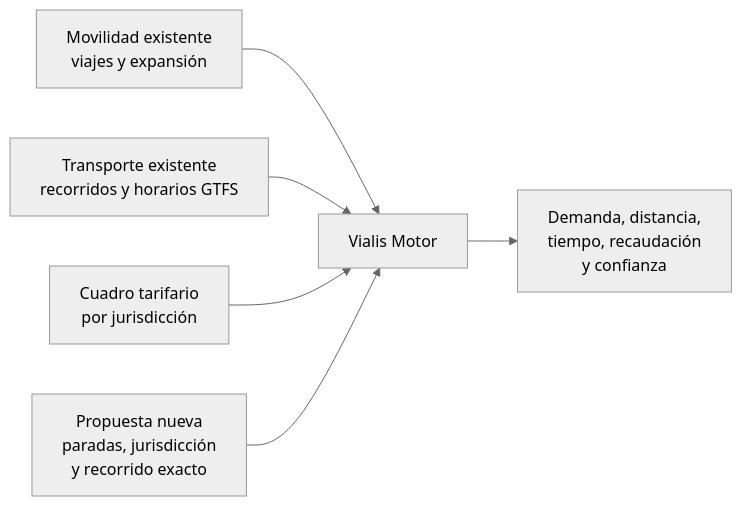
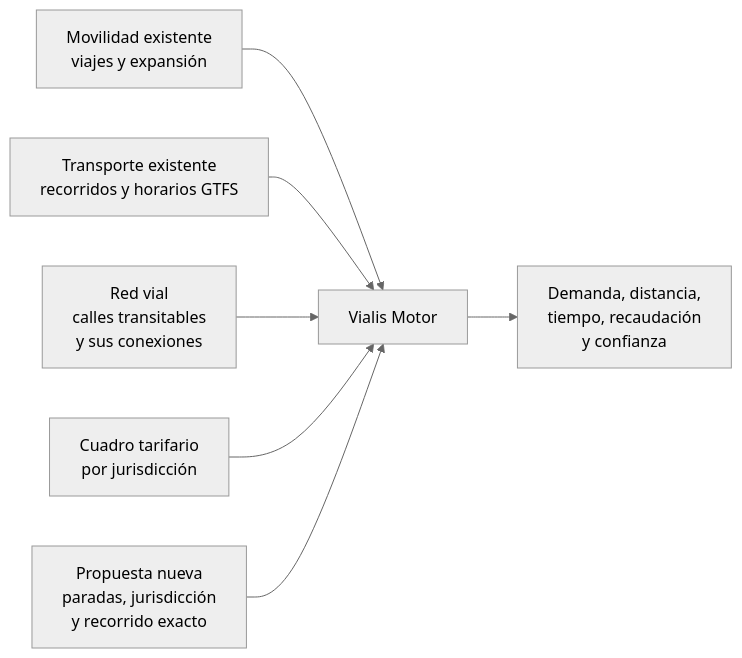
The first of 10 diagrams in docs/arquitectura_motor.md (ManuelGarciaF/motor-vialis), drawn with Mermaid (neutral theme) before and after one commit. The commit also changed other lines of this file and 15 other files, not shown here.

````diff
--- a/docs/arquitectura_motor.md
+++ b/docs/arquitectura_motor.md
@@ -94,8 +100,9 @@
 ```mermaid
 flowchart LR
     MOV["Movilidad existente<br/>viajes y expansión"] --> MOTOR["Vialis Motor"]
     GTFS["Transporte existente<br/>recorridos y horarios GTFS"] --> MOTOR
+    RED["Red vial<br/>calles transitables<br/>y sus conexiones"] --> MOTOR
     TARIFAS["Cuadro tarifario<br/>por jurisdicción"] --> MOTOR
     ROUTE["Propuesta nueva<br/>paradas, jurisdicción<br/>y recorrido exacto"] --> MOTOR
     MOTOR --> RESULT["Demanda, distancia,<br/>tiempo, recaudación<br/>y confianza"]
 ```
````
